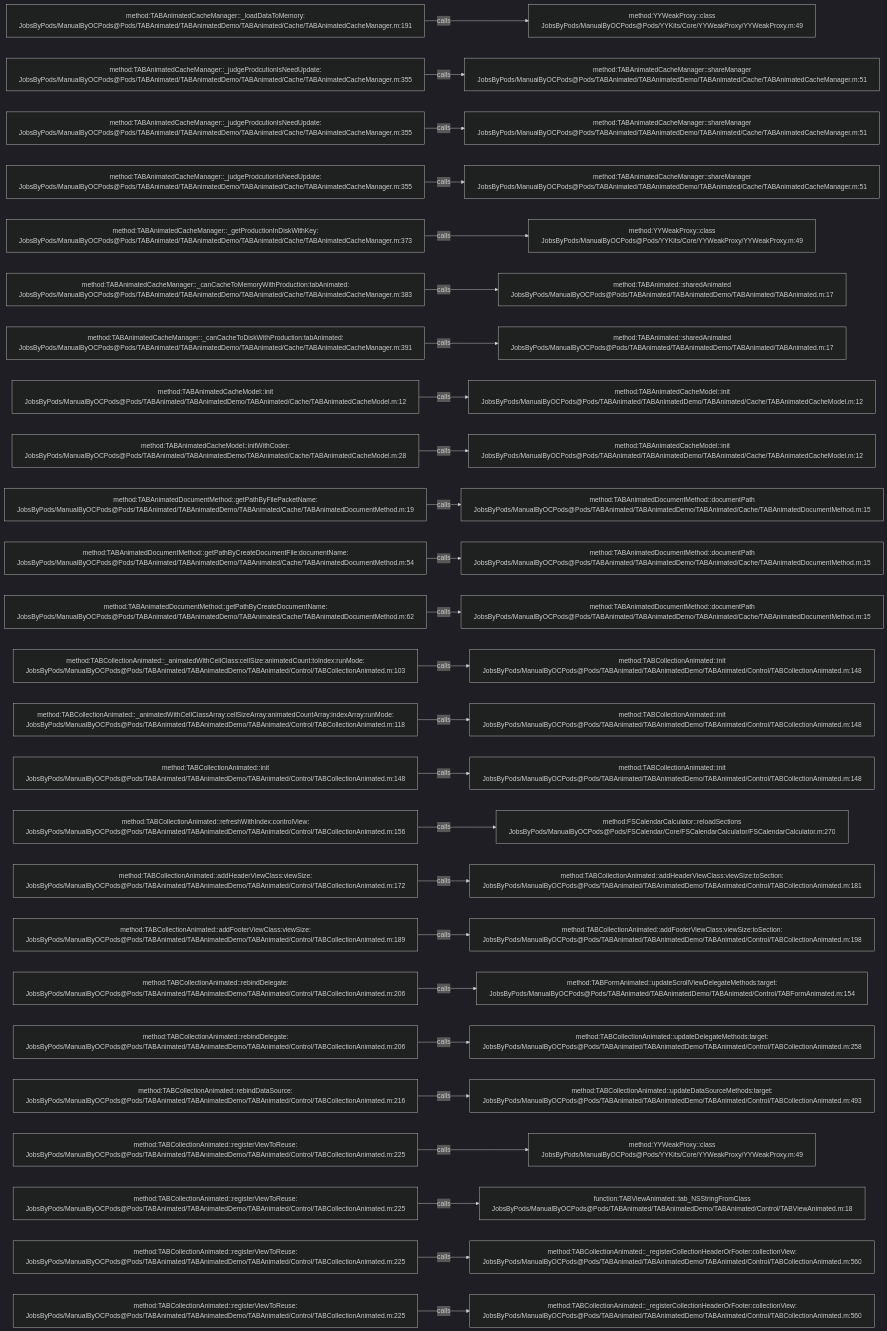
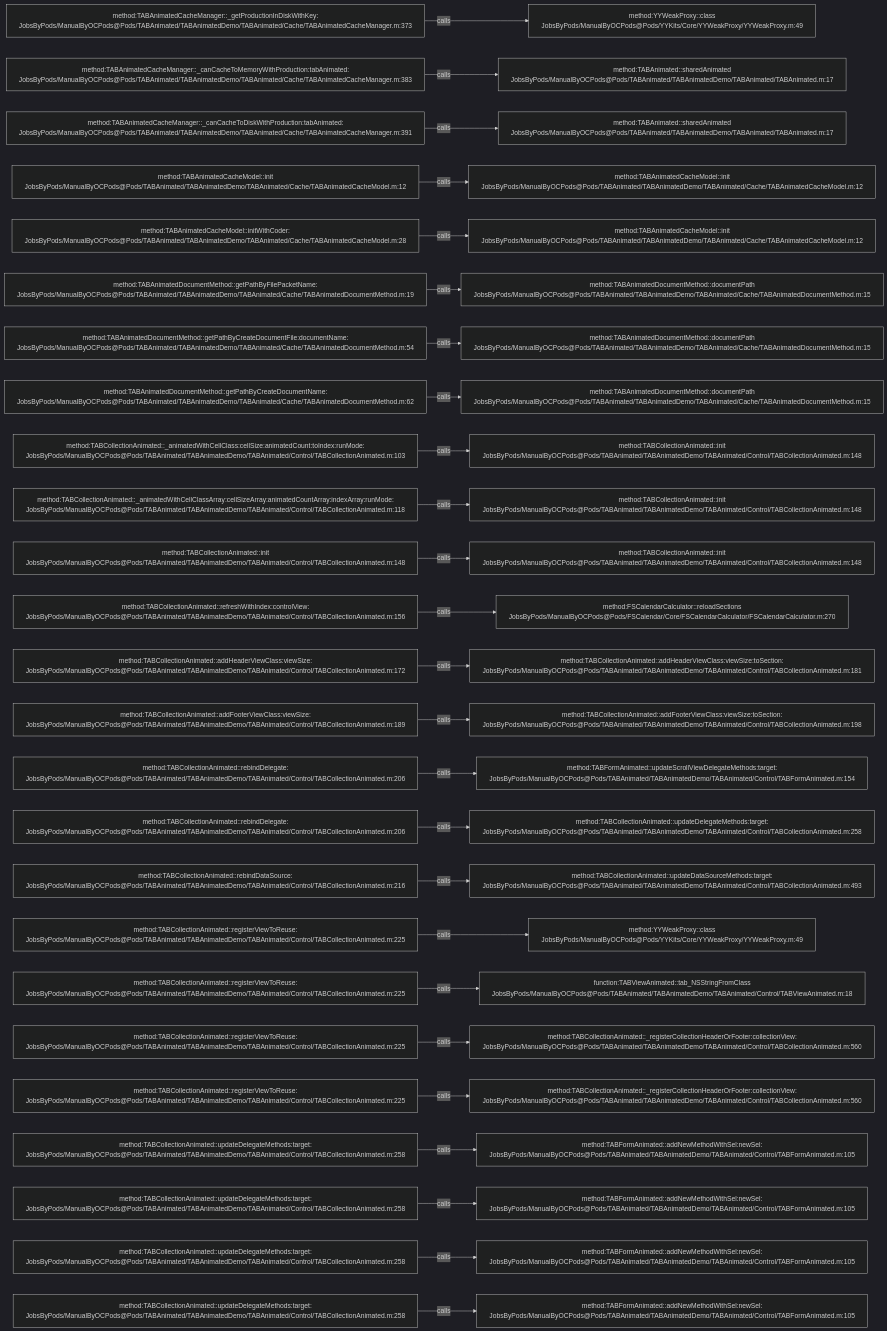
One commit to JobsKits/JobsOCBaseConfigDemo changed the diagram in .codegraph/codegraph.md/graphs/calls-019.md. Above: the diagram before and after it, drawn with Mermaid (dark theme). The commit also changed 727 other files, not shown here.

````diff
--- a/.codegraph/codegraph.md/graphs/calls-019.md
+++ b/.codegraph/codegraph.md/graphs/calls-019.md
@@ -13,78 +13,78 @@
 ```mermaid
 flowchart LR
-  S1["method:TABAnimatedCacheManager::_loadDataToMemory:<br/>JobsByPods/ManualByOCPods@Pods/TABAnimated/TABAnimatedDemo/TABAnimated/Cache/TABAnimatedCacheManager.m:191"]
+  S1["method:TABAnimatedCacheManager::_getProductionInDiskWithKey:<br/>JobsByPods/ManualByOCPods@Pods/TABAnimated/TABAnimatedDemo/TABAnimated/Cache/TABAnimatedCacheManager.m:373"]
   T1["method:YYWeakProxy::class<br/>JobsByPods/ManualByOCPods@Pods/YYKits/Core/YYWeakProxy/YYWeakProxy.m:49"]
   S1 -->|calls| T1
-  S2["method:TABAnimatedCacheManager::_judgeProdcutionIsNeedUpdate:<br/>JobsByPods/ManualByOCPods@Pods/TABAnimated/TABAnimatedDemo/TABAnimated/Cache/TABAnimatedCacheManager.m:355"]
-  T2["method:TABAnimatedCacheManager::shareManager<br/>JobsByPods/ManualByOCPods@Pods/TABAnimated/TABAnimatedDemo/TABAnimated/Cache/TABAnimatedCacheManager.m:51"]
+  S2["method:TABAnimatedCacheManager::_canCacheToMemoryWithProduction:tabAnimated:<br/>JobsByPods/ManualByOCPods@Pods/TABAnimated/TABAnimatedDemo/TABAnimated/Cache/TABAnimatedCacheManager.m:383"]
+  T2["method:TABAnimated::sharedAnimated<br/>JobsByPods/ManualByOCPods@Pods/TABAnimated/TABAnimatedDemo/TABAnimated/TABAnimated.m:17"]
   S2 -->|calls| T2
-  S3["method:TABAnimatedCacheManager::_judgeProdcutionIsNeedUpdate:<br/>JobsByPods/ManualByOCPods@Pods/TABAnimated/TABAnimatedDemo/TABAnimated/Cache/TABAnimatedCacheManager.m:355"]
-  T3["method:TABAnimatedCacheManager::shareManager<br/>JobsByPods/ManualByOCPods@Pods/TABAnimated/TABAnimatedDemo/TABAnimated/Cache/TABAnimatedCacheManager.m:51"]
+  S3["method:TABAnimatedCacheManager::_canCacheToDiskWithProduction:tabAnimated:<br/>JobsByPods/ManualByOCPods@Pods/TABAnimated/TABAnimatedDemo/TABAnimated/Cache/TABAnimatedCacheManager.m:391"]
+  T3["method:TABAnimated::sharedAnimated<br/>JobsByPods/ManualByOCPods@Pods/TABAnimated/TABAnimatedDemo/TABAnimated/TABAnimated.m:17"]
   S3 -->|calls| T3
-  S4["method:TABAnimatedCacheManager::_judgeProdcutionIsNeedUpdate:<br/>JobsByPods/ManualByOCPods@Pods/TABAnimated/TABAnimatedDemo/TABAnimated/Cache/TABAnimatedCacheManager.m:355"]
-  T4["method:TABAnimatedCacheManager::shareManager<br/>JobsByPods/ManualByOCPods@Pods/TABAnimated/TABAnimatedDemo/TABAnimated/Cache/TABAnimatedCacheManager.m:51"]
+  S4["method:TABAnimatedCacheModel::init<br/>JobsByPods/ManualByOCPods@Pods/TABAnimated/TABAnimatedDemo/TABAnimated/Cache/TABAnimatedCacheModel.m:12"]
+  T4["method:TABAnimatedCacheModel::init<br/>JobsByPods/ManualByOCPods@Pods/TABAnimated/TABAnimatedDemo/TABAnimated/Cache/TABAnimatedCacheModel.m:12"]
   S4 -->|calls| T4
-  S5["method:TABAnimatedCacheManager::_getProductionInDiskWithKey:<br/>JobsByPods/ManualByOCPods@Pods/TABAnimated/TABAnimatedDemo/TABAnimated/Cache/TABAnimatedCacheManager.m:373"]
-  T5["method:YYWeakProxy::class<br/>JobsByPods/ManualByOCPods@Pods/YYKits/Core/YYWeakProxy/YYWeakProxy.m:49"]
+  S5["method:TABAnimatedCacheModel::initWithCoder:<br/>JobsByPods/ManualByOCPods@Pods/TABAnimated/TABAnimatedDemo/TABAnimated/Cache/TABAnimatedCacheModel.m:28"]
+  T5["method:TABAnimatedCacheModel::init<br/>JobsByPods/ManualByOCPods@Pods/TABAnimated/TABAnimatedDemo/TABAnimated/Cache/TABAnimatedCacheModel.m:12"]
   S5 -->|calls| T5
-  S6["method:TABAnimatedCacheManager::_canCacheToMemoryWithProduction:tabAnimated:<br/>JobsByPods/ManualByOCPods@Pods/TABAnimated/TABAnimatedDemo/TABAnimated/Cache/TABAnimatedCacheManager.m:383"]
-  T6["method:TABAnimated::sharedAnimated<br/>JobsByPods/ManualByOCPods@Pods/TABAnimated/TABAnimatedDemo/TABAnimated/TABAnimated.m:17"]
+  S6["method:TABAnimatedDocumentMethod::getPathByFilePacketName:<br/>JobsByPods/ManualByOCPods@Pods/TABAnimated/TABAnimatedDemo/TABAnimated/Cache/TABAnimatedDocumentMethod.m:19"]
+  T6["method:TABAnimatedDocumentMethod::documentPath<br/>JobsByPods/ManualByOCPods@Pods/TABAnimated/TABAnimatedDemo/TABAnimated/Cache/TABAnimatedDocumentMethod.m:15"]
   S6 -->|calls| T6
-  S7["method:TABAnimatedCacheManager::_canCacheToDiskWithProduction:tabAnimated:<br/>JobsByPods/ManualByOCPods@Pods/TABAnimated/TABAnimatedDemo/TABAnimated/Cache/TABAnimatedCacheManager.m:391"]
-  T7["method:TABAnimated::sharedAnimated<br/>JobsByPods/ManualByOCPods@Pods/TABAnimated/TABAnimatedDemo/TABAnimated/TABAnimated.m:17"]
+  S7["method:TABAnimatedDocumentMethod::getPathByCreateDocumentFile:documentName:<br/>JobsByPods/ManualByOCPods@Pods/TABAnimated/TABAnimatedDemo/TABAnimated/Cache/TABAnimatedDocumentMethod.m:54"]
+  T7["method:TABAnimatedDocumentMethod::documentPath<br/>JobsByPods/ManualByOCPods@Pods/TABAnimated/TABAnimatedDemo/TABAnimated/Cache/TABAnimatedDocumentMethod.m:15"]
   S7 -->|calls| T7
-  S8["method:TABAnimatedCacheModel::init<br/>JobsByPods/ManualByOCPods@Pods/TABAnimated/TABAnimatedDemo/TABAnimated/Cache/TABAnimatedCacheModel.m:12"]
-  T8["method:TABAnimatedCacheModel::init<br/>JobsByPods/ManualByOCPods@Pods/TABAnimated/TABAnimatedDemo/TABAnimated/Cache/TABAnimatedCacheModel.m:12"]
+  S8["method:TABAnimatedDocumentMethod::getPathByCreateDocumentName:<br/>JobsByPods/ManualByOCPods@Pods/TABAnimated/TABAnimatedDemo/TABAnimated/Cache/TABAnimatedDocumentMethod.m:62"]
+  T8["method:TABAnimatedDocumentMethod::documentPath<br/>JobsByPods/ManualByOCPods@Pods/TABAnimated/TABAnimatedDemo/TABAnimated/Cache/TABAnimatedDocumentMethod.m:15"]
   S8 -->|calls| T8
-  S9["method:TABAnimatedCacheModel::initWithCoder:<br/>JobsByPods/ManualByOCPods@Pods/TABAnimated/TABAnimatedDemo/TABAnimated/Cache/TABAnimatedCacheModel.m:28"]
-  T9["method:TABAnimatedCacheModel::init<br/>JobsByPods/ManualByOCPods@Pods/TABAnimated/TABAnimatedDemo/TABAnimated/Cache/TABAnimatedCacheModel.m:12"]
+  S9["method:TABCollectionAnimated::_animatedWithCellClass:cellSize:animatedCount:toIndex:runMode:<br/>JobsByPods/ManualByOCPods@Pods/TABAnimated/TABAnimatedDemo/TABAnimated/Control/TABCollectionAnimated.m:103"]
+  T9["method:TABCollectionAnimated::init<br/>JobsByPods/ManualByOCPods@Pods/TABAnimated/TABAnimatedDemo/TABAnimated/Control/TABCollectionAnimated.m:148"]
   S9 -->|calls| T9
-  S10["method:TABAnimatedDocumentMethod::getPathByFilePacketName:<br/>JobsByPods/ManualByOCPods@Pods/TABAnimated/TABAnimatedDemo/TABAnimated/Cache/TABAnimatedDocumentMethod.m:19"]
-  T10["method:TABAnimatedDocumentMethod::documentPath<br/>JobsByPods/ManualByOCPods@Pods/TABAnimated/TABAnimatedDemo/TABAnimated/Cache/TABAnimatedDocumentMethod.m:15"]
+  S10["method:TABCollectionAnimated::_animatedWithCellClassArray:cellSizeArray:animatedCountArray:indexArray:runMode:<br/>JobsByPods/ManualByOCPods@Pods/TABAnimated/TABAnimatedDemo/TABAnimated/Control/TABCollectionAnimated.m:118"]
+  T10["method:TABCollectionAnimated::init<br/>JobsByPods/ManualByOCPods@Pods/TABAnimated/TABAnimatedDemo/TABAnimated/Control/TABCollectionAnimated.m:148"]
   S10 -->|calls| T10
-  S11["method:TABAnimatedDocumentMethod::getPathByCreateDocumentFile:documentName:<br/>JobsByPods/ManualByOCPods@Pods/TABAnimated/TABAnimatedDemo/TABAnimated/Cache/TABAnimatedDocumentMethod.m:54"]
-  T11["method:TABAnimatedDocumentMethod::documentPath<br/>JobsByPods/ManualByOCPods@Pods/TABAnimated/TABAnimatedDemo/TABAnimated/Cache/TABAnimatedDocumentMethod.m:15"]
+  S11["method:TABCollectionAnimated::init<br/>JobsByPods/ManualByOCPods@Pods/TABAnimated/TABAnimatedDemo/TABAnimated/Control/TABCollectionAnimated.m:148"]
+  T11["method:TABCollectionAnimated::init<br/>JobsByPods/ManualByOCPods@Pods/TABAnimated/TABAnimatedDemo/TABAnimated/Control/TABCollectionAnimated.m:148"]
   S11 -->|calls| T11
-  S12["method:TABAnimatedDocumentMethod::getPathByCreateDocumentName:<br/>JobsByPods/ManualByOCPods@Pods/TABAnimated/TABAnimatedDemo/TABAnimated/Cache/TABAnimatedDocumentMethod.m:62"]
-  T12["method:TABAnimatedDocumentMethod::documentPath<br/>JobsByPods/ManualByOCPods@Pods/TABAnimated/TABAnimatedDemo/TABAnimated/Cache/TABAnimatedDocumentMethod.m:15"]
+  S12["method:TABCollectionAnimated::refreshWithIndex:controlView:<br/>JobsByPods/ManualByOCPods@Pods/TABAnimated/TABAnimatedDemo/TABAnimated/Control/TABCollectionAnimated.m:156"]
+  T12["method:FSCalendarCalculator::reloadSections<br/>JobsByPods/ManualByOCPods@Pods/FSCalendar/Core/FSCalendarCalculator/FSCalendarCalculator.m:270"]
   S12 -->|calls| T12
-  S13["method:TABCollectionAnimated::_animatedWithCellClass:cellSize:animatedCount:toIndex:runMode:<br/>JobsByPods/ManualByOCPods@Pods/TABAnimated/TABAnimatedDemo/TABAnimated/Control/TABCollectionAnimated.m:103"]
-  T13["method:TABCollectionAnimated::init<br/>JobsByPods/ManualByOCPods@Pods/TABAnimated/TABAnimatedDemo/TABAnimated/Control/TABCollectionAnimated.m:148"]
+  S13["method:TABCollectionAnimated::addHeaderViewClass:viewSize:<br/>JobsByPods/ManualByOCPods@Pods/TABAnimated/TABAnimatedDemo/TABAnimated/Control/TABCollectionAnimated.m:172"]
+  T13["method:TABCollectionAnimated::addHeaderViewClass:viewSize:toSection:<br/>JobsByPods/ManualByOCPods@Pods/TABAnimated/TABAnimatedDemo/TABAnimated/Control/TABCollectionAnimated.m:181"]
   S13 -->|calls| T13
-  S14["method:TABCollectionAnimated::_animatedWithCellClassArray:cellSizeArray:animatedCountArray:indexArray:runMode:<br/>JobsByPods/ManualByOCPods@Pods/TABAnimated/TABAnimatedDemo/TABAnimated/Control/TABCollectionAnimated.m:118"]
-  T14["method:TABCollectionAnimated::init<br/>JobsByPods/ManualByOCPods@Pods/TABAnimated/TABAnimatedDemo/TABAnimated/Control/TABCollectionAnimated.m:148"]
+  S14["method:TABCollectionAnimated::addFooterViewClass:viewSize:<br/>JobsByPods/ManualByOCPods@Pods/TABAnimated/TABAnimatedDemo/TABAnimated/Control/TABCollectionAnimated.m:189"]
+  T14["method:TABCollectionAnimated::addFooterViewClass:viewSize:toSection:<br/>JobsByPods/ManualByOCPods@Pods/TABAnimated/TABAnimatedDemo/TABAnimated/Control/TABCollectionAnimated.m:198"]
   S14 -->|calls| T14
-  S15["method:TABCollectionAnimated::init<br/>JobsByPods/ManualByOCPods@Pods/TABAnimated/TABAnimatedDemo/TABAnimated/Control/TABCollectionAnimated.m:148"]
-  T15["method:TABCollectionAnimated::init<br/>JobsByPods/ManualByOCPods@Pods/TABAnimated/TABAnimatedDemo/TABAnimated/Control/TABCollectionAnimated.m:148"]
+  S15["method:TABCollectionAnimated::rebindDelegate:<br/>JobsByPods/ManualByOCPods@Pods/TABAnimated/TABAnimatedDemo/TABAnimated/Control/TABCollectionAnimated.m:206"]
+  T15["method:TABFormAnimated::updateScrollViewDelegateMethods:target:<br/>JobsByPods/ManualByOCPods@Pods/TABAnimated/TABAnimatedDemo/TABAnimated/Control/TABFormAnimated.m:154"]
   S15 -->|calls| T15
-  S16["method:TABCollectionAnimated::refreshWithIndex:controlView:<br/>JobsByPods/ManualByOCPods@Pods/TABAnimated/TABAnimatedDemo/TABAnimated/Control/TABCollectionAnimated.m:156"]
-  T16["method:FSCalendarCalculator::reloadSections<br/>JobsByPods/ManualByOCPods@Pods/FSCalendar/Core/FSCalendarCalculator/FSCalendarCalculator.m:270"]
+  S16["method:TABCollectionAnimated::rebindDelegate:<br/>JobsByPods/ManualByOCPods@Pods/TABAnimated/TABAnimatedDemo/TABAnimated/Control/TABCollectionAnimated.m:206"]
+  T16["method:TABCollectionAnimated::updateDelegateMethods:target:<br/>JobsByPods/ManualByOCPods@Pods/TABAnimated/TABAnimatedDemo/TABAnimated/Control/TABCollectionAnimated.m:258"]
   S16 -->|calls| T16
-  S17["method:TABCollectionAnimated::addHeaderViewClass:viewSize:<br/>JobsByPods/ManualByOCPods@Pods/TABAnimated/TABAnimatedDemo/TABAnimated/Control/TABCollectionAnimated.m:172"]
-  T17["method:TABCollectionAnimated::addHeaderViewClass:viewSize:toSection:<br/>JobsByPods/ManualByOCPods@Pods/TABAnimated/TABAnimatedDemo/TABAnimated/Control/TABCollectionAnimated.m:181"]
+  S17["method:TABCollectionAnimated::rebindDataSource:<br/>JobsByPods/ManualByOCPods@Pods/TABAnimated/TABAnimatedDemo/TABAnimated/Control/TABCollectionAnimated.m:216"]
+  T17["method:TABCollectionAnimated::updateDataSourceMethods:target:<br/>JobsByPods/ManualByOCPods@Pods/TABAnimated/TABAnimatedDemo/TABAnimated/Control/TABCollectionAnimated.m:493"]
   S17 -->|calls| T17
-  S18["method:TABCollectionAnimated::addFooterViewClass:viewSize:<br/>JobsByPods/ManualByOCPods@Pods/TABAnimated/TABAnimatedDemo/TABAnimated/Control/TABCollectionAnimated.m:189"]
-  T18["method:TABCollectionAnimated::addFooterViewClass:viewSize:toSection:<br/>JobsByPods/ManualByOCPods@Pods/TABAnimated/TABAnimatedDemo/TABAnimated/Control/TABCollectionAnimated.m:198"]
+  S18["method:TABCollectionAnimated::registerViewToReuse:<br/>JobsByPods/ManualByOCPods@Pods/TABAnimated/TABAnimatedDemo/TABAnimated/Control/TABCollectionAnimated.m:225"]
+  T18["method:YYWeakProxy::class<br/>JobsByPods/ManualByOCPods@Pods/YYKits/Core/YYWeakProxy/YYWeakProxy.m:49"]
   S18 -->|calls| T18
-  S19["method:TABCollectionAnimated::rebindDelegate:<br/>JobsByPods/ManualByOCPods@Pods/TABAnimated/TABAnimatedDemo/TABAnimated/Control/TABCollectionAnimated.m:206"]
-  T19["method:TABFormAnimated::updateScrollViewDelegateMethods:target:<br/>JobsByPods/ManualByOCPods@Pods/TABAnimated/TABAnimatedDemo/TABAnimated/Control/TABFormAnimated.m:154"]
+  S19["method:TABCollectionAnimated::registerViewToReuse:<br/>JobsByPods/ManualByOCPods@Pods/TABAnimated/TABAnimatedDemo/TABAnimated/Control/TABCollectionAnimated.m:225"]
+  T19["function:TABViewAnimated::tab_NSStringFromClass<br/>JobsByPods/ManualByOCPods@Pods/TABAnimated/TABAnimatedDemo/TABAnimated/Control/TABViewAnimated.m:18"]
   S19 -->|calls| T19
-  S20["method:TABCollectionAnimated::rebindDelegate:<br/>JobsByPods/ManualByOCPods@Pods/TABAnimated/TABAnimatedDemo/TABAnimated/Control/TABCollectionAnimated.m:206"]
-  T20["method:TABCollectionAnimated::updateDelegateMethods:target:<br/>JobsByPods/ManualByOCPods@Pods/TABAnimated/TABAnimatedDemo/TABAnimated/Control/TABCollectionAnimated.m:258"]
+  S20["method:TABCollectionAnimated::registerViewToReuse:<br/>JobsByPods/ManualByOCPods@Pods/TABAnimated/TABAnimatedDemo/TABAnimated/Control/TABCollectionAnimated.m:225"]
+  T20["method:TABCollectionAnimated::_registerCollectionHeaderOrFooter:collectionView:<br/>JobsByPods/ManualByOCPods@Pods/TABAnimated/TABAnimatedDemo/TABAnimated/Control/TABCollectionAnimated.m:560"]
   S20 -->|calls| T20
-  S21["method:TABCollectionAnimated::rebindDataSource:<br/>JobsByPods/ManualByOCPods@Pods/TABAnimated/TABAnimatedDemo/TABAnimated/Control/TABCollectionAnimated.m:216"]
-  T21["method:TABCollectionAnimated::updateDataSourceMethods:target:<br/>JobsByPods/ManualByOCPods@Pods/TABAnimated/TABAnimatedDemo/TABAnimated/Control/TABCollectionAnimated.m:493"]
+  S21["method:TABCollectionAnimated::registerViewToReuse:<br/>JobsByPods/ManualByOCPods@Pods/TABAnimated/TABAnimatedDemo/TABAnimated/Control/TABCollectionAnimated.m:225"]
+  T21["method:TABCollectionAnimated::_registerCollectionHeaderOrFooter:collectionView:<br/>JobsByPods/ManualByOCPods@Pods/TABAnimated/TABAnimatedDemo/TABAnimated/Control/TABCollectionAnimated.m:560"]
   S21 -->|calls| T21
-  S22["method:TABCollectionAnimated::registerViewToReuse:<br/>JobsByPods/ManualByOCPods@Pods/TABAnimated/TABAnimatedDemo/TABAnimated/Control/TABCollectionAnimated.m:225"]
-  T22["method:YYWeakProxy::class<br/>JobsByPods/ManualByOCPods@Pods/YYKits/Core/YYWeakProxy/YYWeakProxy.m:49"]
+  S22["method:TABCollectionAnimated::updateDelegateMethods:target:<br/>JobsByPods/ManualByOCPods@Pods/TABAnimated/TABAnimatedDemo/TABAnimated/Control/TABCollectionAnimated.m:258"]
+  T22["method:TABFormAnimated::addNewMethodWithSel:newSel:<br/>JobsByPods/ManualByOCPods@Pods/TABAnimated/TABAnimatedDemo/TABAnimated/Control/TABFormAnimated.m:105"]
   S22 -->|calls| T22
-  S23["method:TABCollectionAnimated::registerViewToReuse:<br/>JobsByPods/ManualByOCPods@Pods/TABAnimated/TABAnimatedDemo/TABAnimated/Control/TABCollectionAnimated.m:225"]
-  T23["function:TABViewAnimated::tab_NSStringFromClass<br/>JobsByPods/ManualByOCPods@Pods/TABAnimated/TABAnimatedDemo/TABAnimated/Control/TABViewAnimated.m:18"]
+  S23["method:TABCollectionAnimated::updateDelegateMethods:target:<br/>JobsByPods/ManualByOCPods@Pods/TABAnimated/TABAnimatedDemo/TABAnimated/Control/TABCollectionAnimated.m:258"]
+  T23["method:TABFormAnimated::addNewMethodWithSel:newSel:<br/>JobsByPods/ManualByOCPods@Pods/TABAnimated/TABAnimatedDemo/TABAnimated/Control/TABFormAnimated.m:105"]
   S23 -->|calls| T23
-  S24["method:TABCollectionAnimated::registerViewToReuse:<br/>JobsByPods/ManualByOCPods@Pods/TABAnimated/TABAnimatedDemo/TABAnimated/Control/TABCollectionAnimated.m:225"]
-  T24["method:TABCollectionAnimated::_registerCollectionHeaderOrFooter:collectionView:<br/>JobsByPods/ManualByOCPods@Pods/TABAnimated/TABAnimatedDemo/TABAnimated/Control/TABCollectionAnimated.m:560"]
+  S24["method:TABCollectionAnimated::updateDelegateMethods:target:<br/>JobsByPods/ManualByOCPods@Pods/TABAnimated/TABAnimatedDemo/TABAnimated/Control/TABCollectionAnimated.m:258"]
+  T24["method:TABFormAnimated::addNewMethodWithSel:newSel:<br/>JobsByPods/ManualByOCPods@Pods/TABAnimated/TABAnimatedDemo/TABAnimated/Control/TABFormAnimated.m:105"]
   S24 -->|calls| T24
-  S25["method:TABCollectionAnimated::registerViewToReuse:<br/>JobsByPods/ManualByOCPods@Pods/TABAnimated/TABAnimatedDemo/TABAnimated/Control/TABCollectionAnimated.m:225"]
-  T25["method:TABCollectionAnimated::_registerCollectionHeaderOrFooter:collectionView:<br/>JobsByPods/ManualByOCPods@Pods/TABAnimated/TABAnimatedDemo/TABAnimated/Control/TABCollectionAnimated.m:560"]
+  S25["method:TABCollectionAnimated::updateDelegateMethods:target:<br/>JobsByPods/ManualByOCPods@Pods/TABAnimated/TABAnimatedDemo/TABAnimated/Control/TABCollectionAnimated.m:258"]
+  T25["method:TABFormAnimated::addNewMethodWithSel:newSel:<br/>JobsByPods/ManualByOCPods@Pods/TABAnimated/TABAnimatedDemo/TABAnimated/Control/TABFormAnimated.m:105"]
   S25 -->|calls| T25
 ```
````
